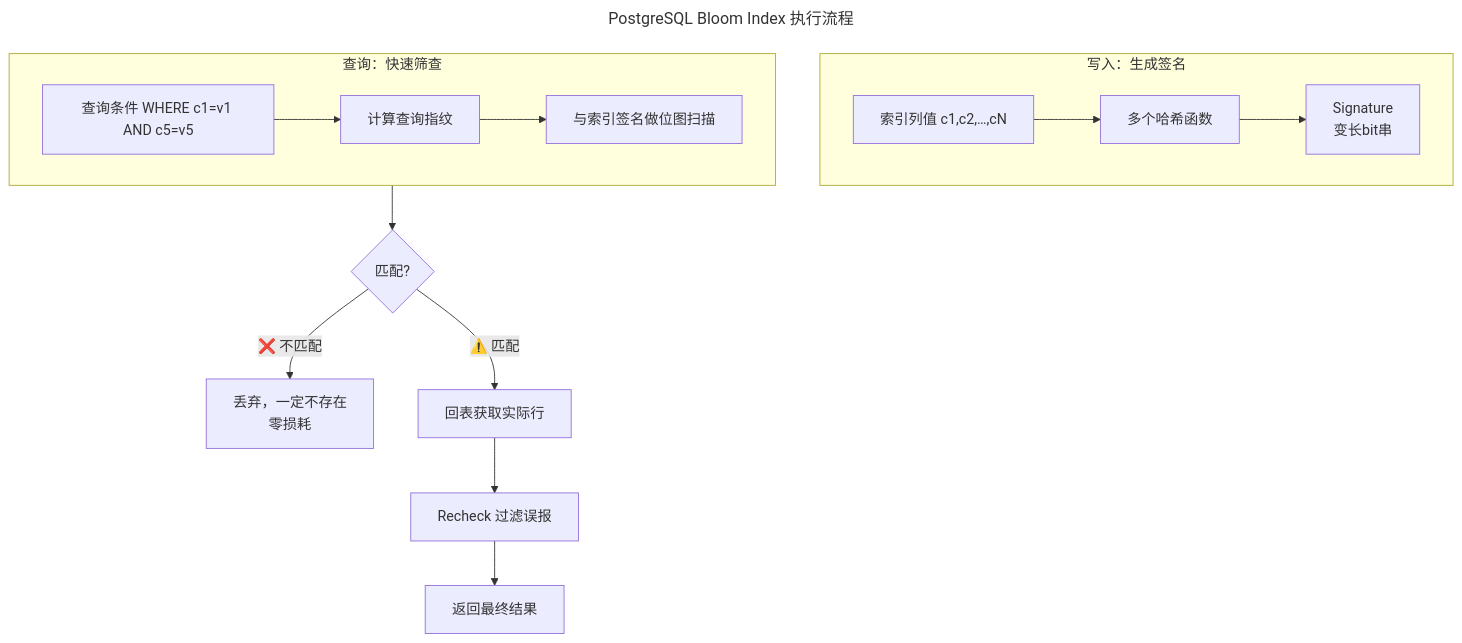
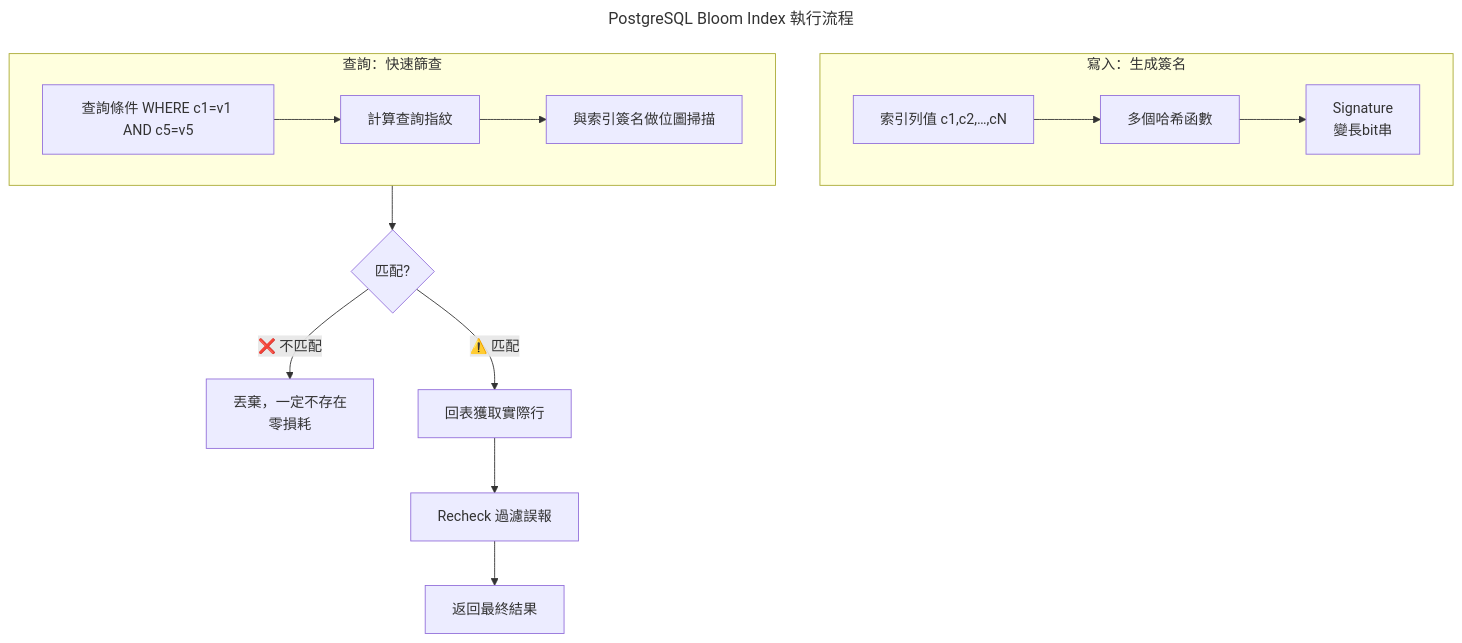
The second of 2 diagrams in PostgreSQL_Bloom_Index.md (henry-tpwong/postgresql_note), drawn with Mermaid before and after one commit. The commit also changed other lines of this file and 3 other files, not shown here.

````diff
--- a/PostgreSQL_Bloom_Index.md
+++ b/PostgreSQL_Bloom_Index.md
@@ -31,21 +30,21 @@
 ```mermaid
 ---
-title: PostgreSQL Bloom Index 执行流程
+title: PostgreSQL Bloom Index 執行流程
 ---
 flowchart TD
-    subgraph A[写入：生成签名]
+    subgraph A[寫入：生成簽名]
         direction LR
-        A1[索引列值 c1,c2,…,cN] --> A2[多个哈希函数] --> A3[Signature<br>变长bit串]
+        A1[索引列值 c1,c2,…,cN] --> A2[多個哈希函數] --> A3[Signature<br>變長bit串]
     end
 
-    subgraph B[查询：快速筛查]
+    subgraph B[查詢：快速篩查]
         direction LR
-        B1[查询条件 WHERE c1=v1 AND c5=v5] --> B2[计算查询指纹] --> B3[与索引签名做位图扫描]
+        B1[查詢條件 WHERE c1=v1 AND c5=v5] --> B2[計算查詢指紋] --> B3[與索引簽名做位圖掃描]
     end
 
     B3 --> C{匹配?}
-    C -->|❌ 不匹配| D[丢弃，一定不存在<br>零损耗]
-    C -->|⚠️ 匹配| E[回表获取实际行]
-    E --> F[Recheck 过滤误报]
-    F --> G[返回最终结果]
+    C -->|❌ 不匹配| D[丟棄，一定不存在<br>零損耗]
+    C -->|⚠️ 匹配| E[回表獲取實際行]
+    E --> F[Recheck 過濾誤報]
+    F --> G[返回最終結果]
 ```
````
